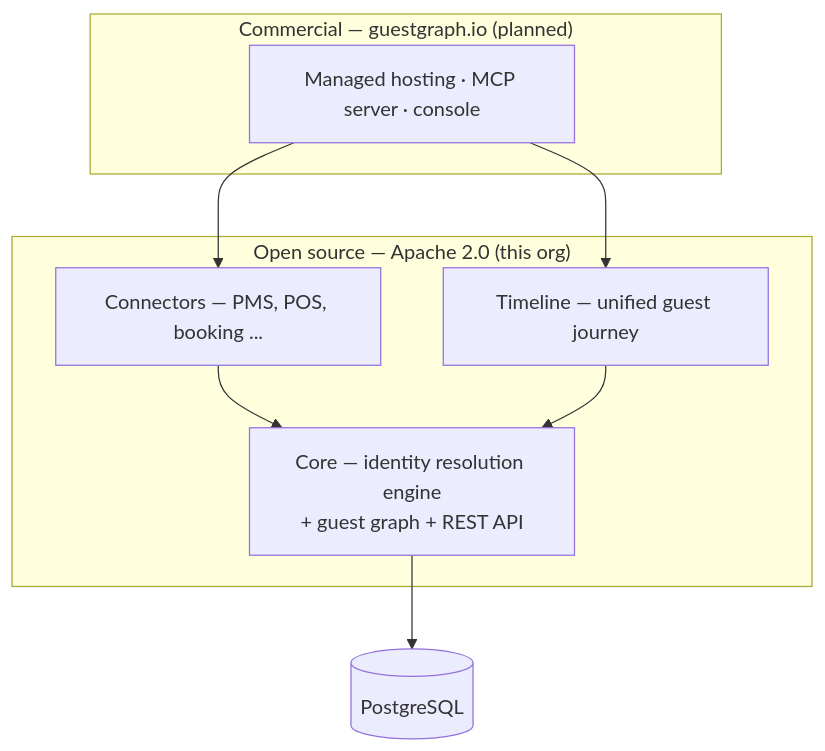
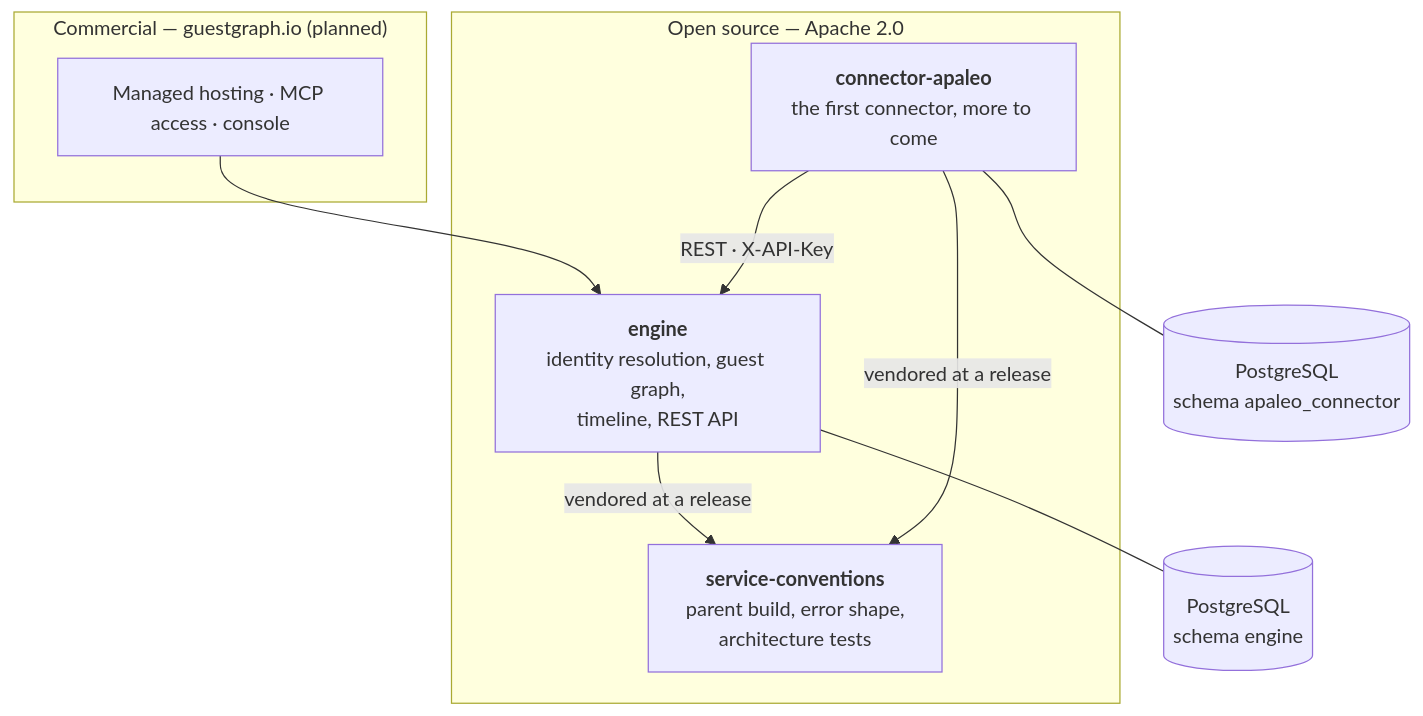
One commit to guestgraph/engine changed the diagram in README.md. Above: the diagram before and after it, drawn with Mermaid. The commit also changed other lines of this file, not shown here.

Commit message:
The README draws the services that run today
The architecture diagram still showed the timeline as a component of its own and the connectors as a generic box, while the timeline is a package inside the engine and the first connector is its own repository. It also left out service-conventions and the schema each service owns, and the status line called the project early development while the organization page marks every phase done.

The diagram now shows connector-apaleo calling the engine's REST API with an X-API-Key header, each service on its own PostgreSQL schema as their application.yaml files name it, and both taking service-conventions at the release they vendor. The status says how the work is built and points to the organization page for what is done and what comes next, so it does not go stale as slices land.

Verified: the diagram renders with mmdc, and sh conventions/conventions-check, sh conventions/conventions-format and sh conventions/conventions-sync check passed.

Process: Delivery
Phase: Implement
Track: Prose

````diff
--- a/README.md
+++ b/README.md
@@ -34,17 +34,19 @@
 ```mermaid
 flowchart TB
     subgraph commercial["Commercial — guestgraph.io (planned)"]
-        SAAS["Managed hosting · MCP server · console"]
+        SAAS["Managed hosting · MCP access · console"]
     end
-    subgraph oss["Open source — Apache 2.0 (this org)"]
-        CONN["Connectors — PMS, POS, booking ..."]
-        TL["Timeline — unified guest journey"]
-        CORE["Core — identity resolution engine<br/>+ guest graph + REST API"]
+    subgraph oss["Open source — Apache 2.0"]
+        CONN["<b>connector-apaleo</b><br/>the first connector, more to come"]
+        CORE["<b>engine</b><br/>identity resolution, guest graph,<br/>timeline, REST API"]
+        SVC["<b>service-conventions</b><br/>parent build, error shape,<br/>architecture tests"]
     end
-    PG[("PostgreSQL")]
+    CDB[("PostgreSQL<br/>schema apaleo_connector")]
+    EDB[("PostgreSQL<br/>schema engine")]
 
-    SAAS --> CONN & TL
-    CONN --> CORE
-    TL --> CORE
-    CORE --> PG
+    SAAS --> CORE
+    CONN -- "REST · X-API-Key" --> CORE
+    CONN --- CDB
+    CORE --- EDB
+    CORE & CONN -- "vendored at a release" --> SVC
 ```
````
